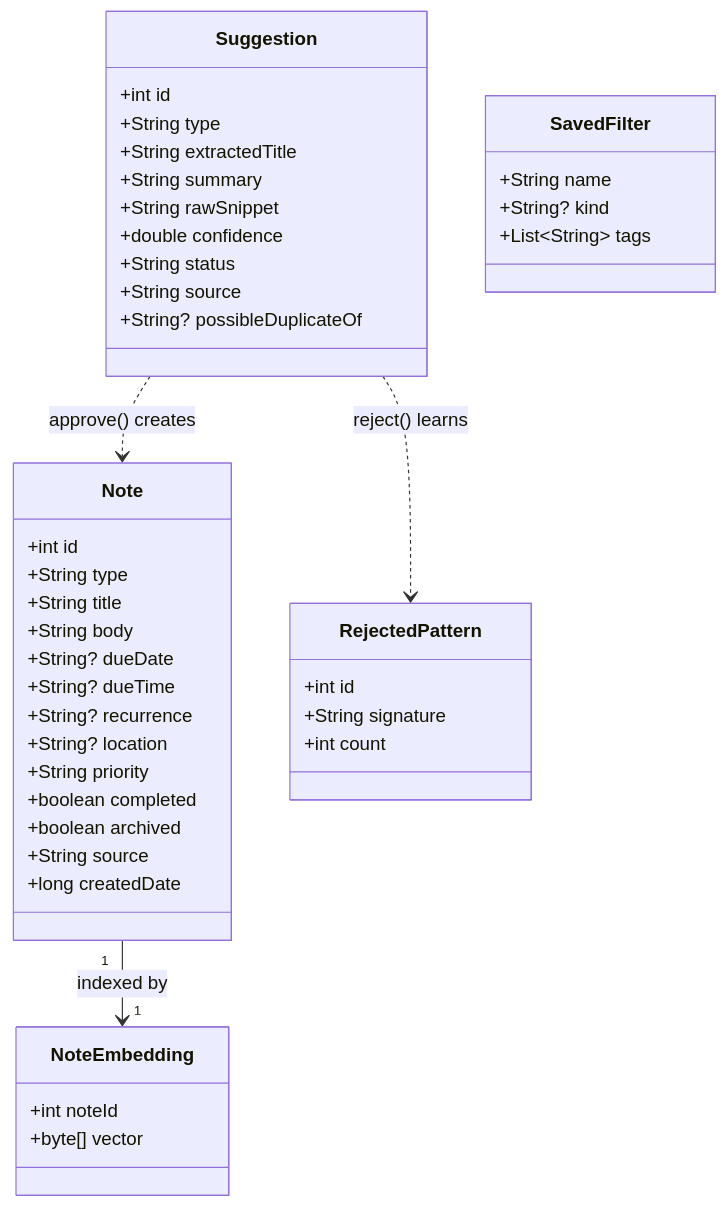
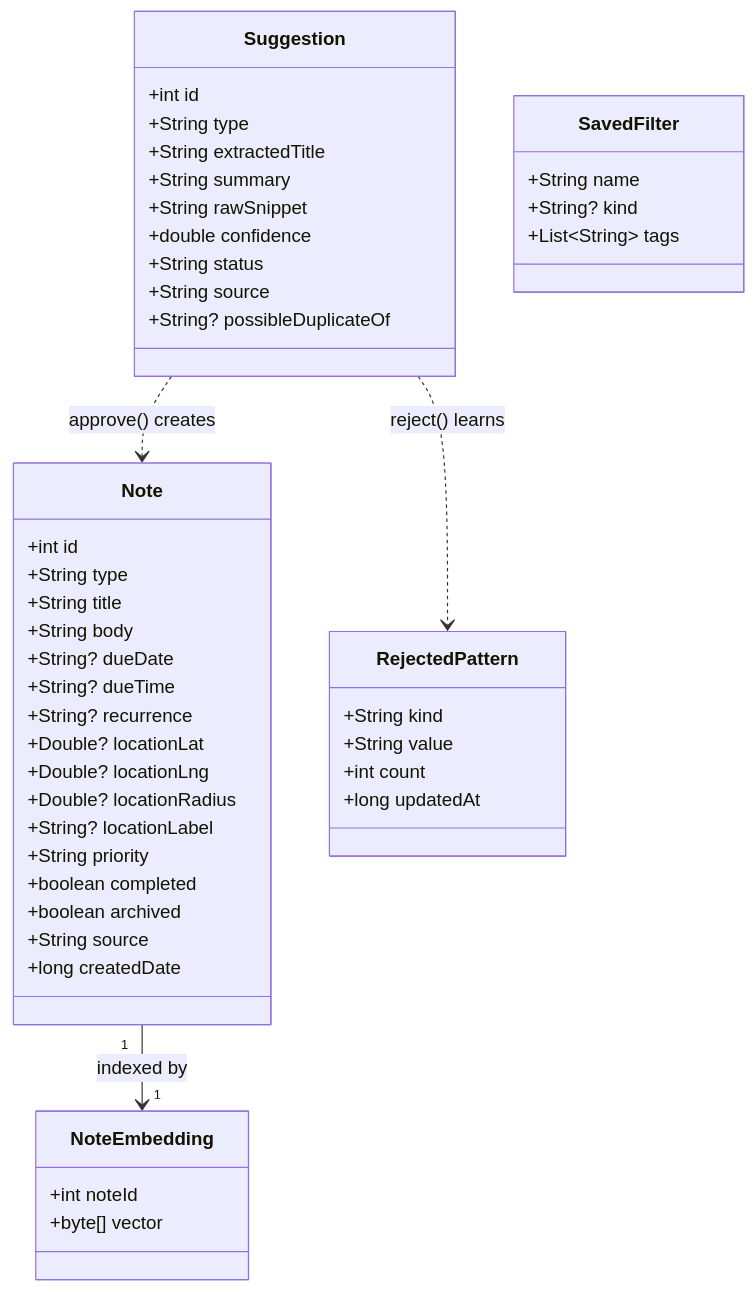
One commit to SMK1705/Android_apps changed diagram 15 of 17 in apps/taskmind/docs/TECHNICAL_DOCUMENTATION.md. Above: the diagram before and after it, drawn with Mermaid. The commit also changed other lines of this file and 2 other files, not shown here.

First line of the commit message:
docs(taskmind): correct doc facts found by codebase cross-check; fix DB cipher label

````diff
--- a/apps/taskmind/docs/TECHNICAL_DOCUMENTATION.md
+++ b/apps/taskmind/docs/TECHNICAL_DOCUMENTATION.md
@@ -2417,46 +2417,50 @@
 ```mermaid
 classDiagram
     class Note {
         +int id
         +String type
         +String title
         +String body
         +String? dueDate
         +String? dueTime
         +String? recurrence
-        +String? location
+        +Double? locationLat
+        +Double? locationLng
+        +Double? locationRadius
+        +String? locationLabel
         +String priority
         +boolean completed
         +boolean archived
         +String source
         +long createdDate
     }
     class Suggestion {
         +int id
         +String type
         +String extractedTitle
         +String summary
         +String rawSnippet
         +double confidence
         +String status
         +String source
         +String? possibleDuplicateOf
     }
     class NoteEmbedding {
         +int noteId
         +byte[] vector
     }
     class RejectedPattern {
-        +int id
-        +String signature
+        +String kind
+        +String value
         +int count
+        +long updatedAt
     }
     class SavedFilter {
         +String name
         +String? kind
         +List~String~ tags
     }
     Suggestion ..> Note : approve() creates
     Note "1" --> "1" NoteEmbedding : indexed by
     Suggestion ..> RejectedPattern : reject() learns
 ```
````
